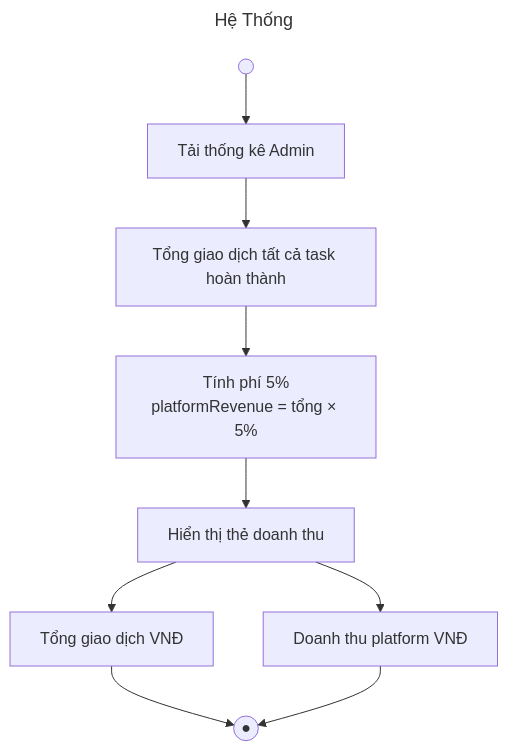
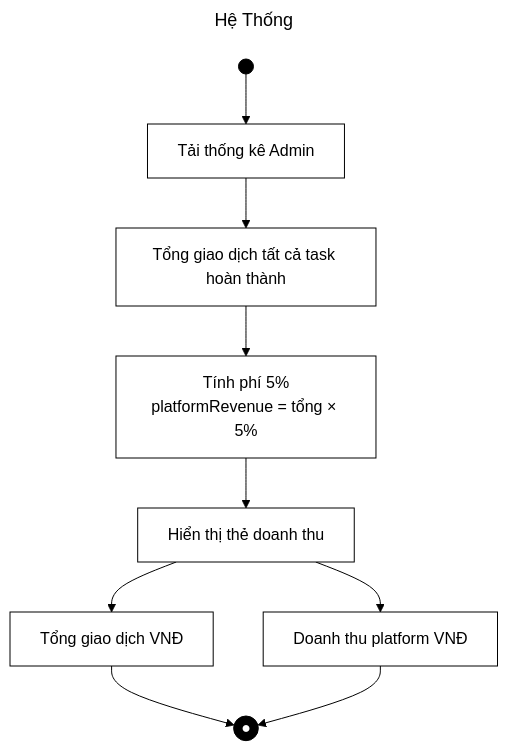
The fifth of 22 diagrams in Activity_Diagrams.md (Babiboyy55/TaskHeroPKA), drawn with Mermaid before and after one commit. The commit also changed other lines of this file, not shown here.

````diff
--- a/Activity_Diagrams.md
+++ b/Activity_Diagrams.md
@@ -82,13 +94,16 @@
 ```mermaid
 ---
 title: Hệ Thống
 ---
+%%{init: {'theme':'base', 'themeVariables': {'primaryColor':'#ffffff', 'primaryBorderColor':'#000000', 'primaryTextColor':'#000000', 'lineColor':'#000000', 'edgeLabelBackground':'#ffffff', 'tertiaryColor':'#ffffff'}}}%%
 flowchart TD
-    S(( )) --> A[Tải thống kê Admin]
+    classDef default fill:#ffffff,stroke:#000000,stroke-width:1px,color:#000000;
+    classDef blackNode fill:#000000,stroke:#000000,stroke-width:1px,color:#ffffff;
+    S(( )):::blackNode --> A[Tải thống kê Admin]
     A --> B[Tổng giao dịch tất cả task hoàn thành]
     B --> C[Tính phí 5%\nplatformRevenue = tổng × 5%]
     C --> D[Hiển thị thẻ doanh thu]
     D --> E[Tổng giao dịch VNĐ]
     D --> F[Doanh thu platform VNĐ]
-    E & F --> Z((●))
+    E & F --> Z((●)):::blackNode
 ```
````
